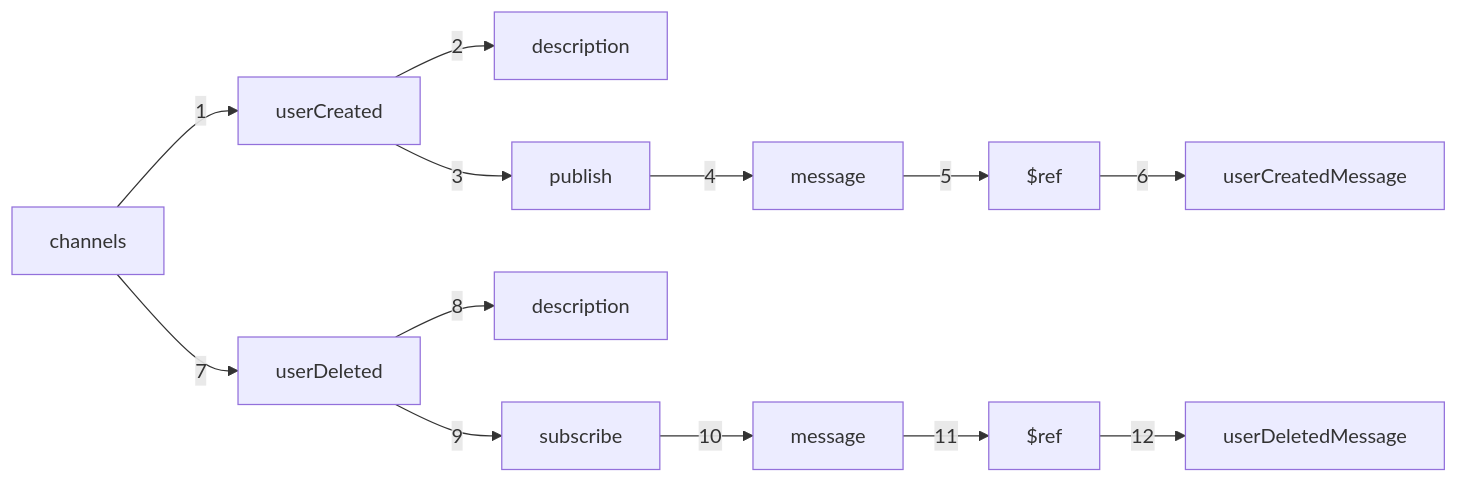
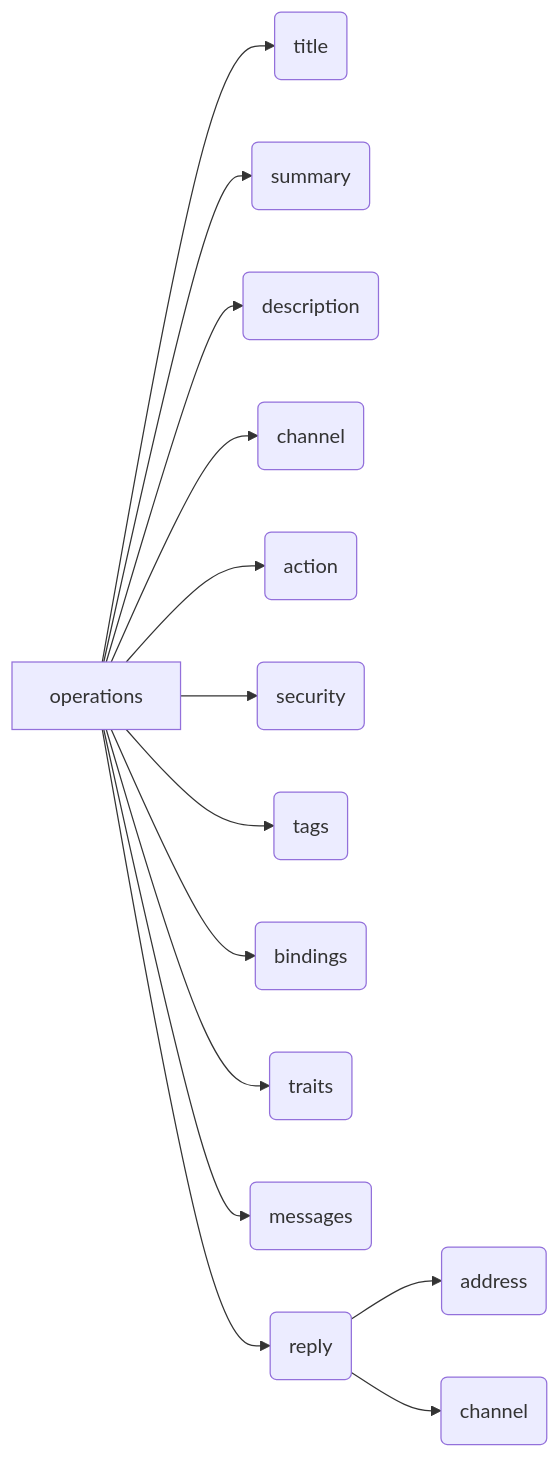
One commit to asyncapi/website changed the fifth of 6 diagrams in pages/docs/concepts/asyncapi-document/structure.md. Above: the diagram before and after it, drawn with Mermaid. The commit also changed other lines of this file, not shown here.

````diff
--- a/pages/docs/concepts/asyncapi-document/structure.md
+++ b/pages/docs/concepts/asyncapi-document/structure.md
@@ -204,29 +218,31 @@
 ```mermaid
 graph LR
-A[channels]
-B[userCreated]
-C[description]
-D[publish]
-E[message]
-F[$ref]
-G[userCreatedMessage]
-H[userDeleted]
-I[description]
-J[subscribe]
-K[message]
-L[$ref]
-M[userDeletedMessage]
-
-A -->|1| B
-B -->|2| C
-B -->|3| D
-D -->|4| E
-E -->|5| F
-F -->|6| G
-A -->|7| H
-H -->|8| I
-H -->|9| J
-J -->|10| K
-K -->|11| L
-L -->|12| M
+  A[operations]
+  B(title)
+  C(summary)
+  D(description)
+  E(channel)
+  F(action)
+  G(security)
+  H(tags)
+  I(bindings)
+  J(traits)
+  K(messages)
+  L(reply)
+  M(address)
+  N(channel)
+  
+  A -->B
+  A --> C
+  A --> D
+  A -->E
+  A --> F
+  A --> G
+  A --> H
+  A --> I
+  A -->J
+  A --> K
+  A -->L
+  L --> M
+  L --> N
 ```
````
